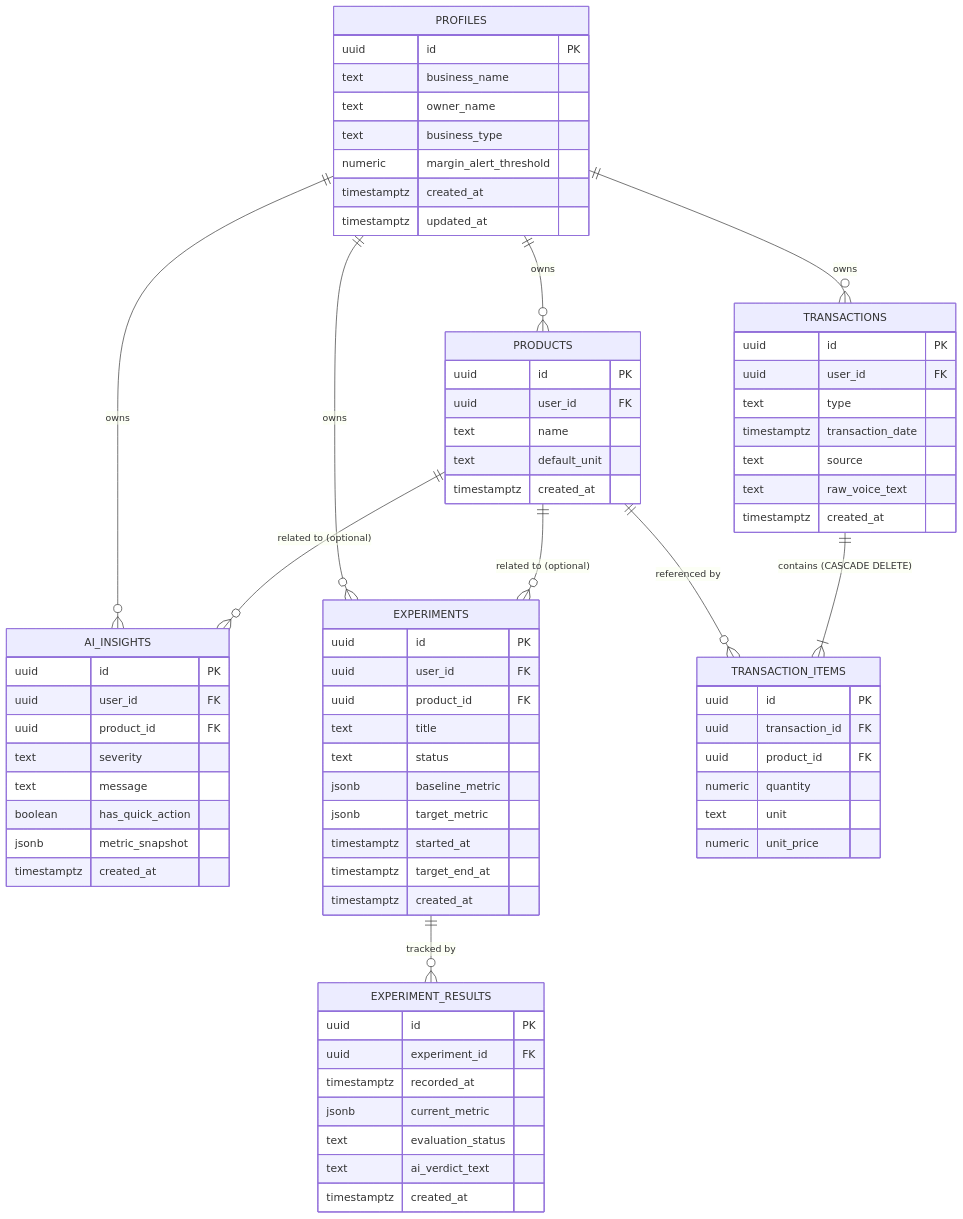
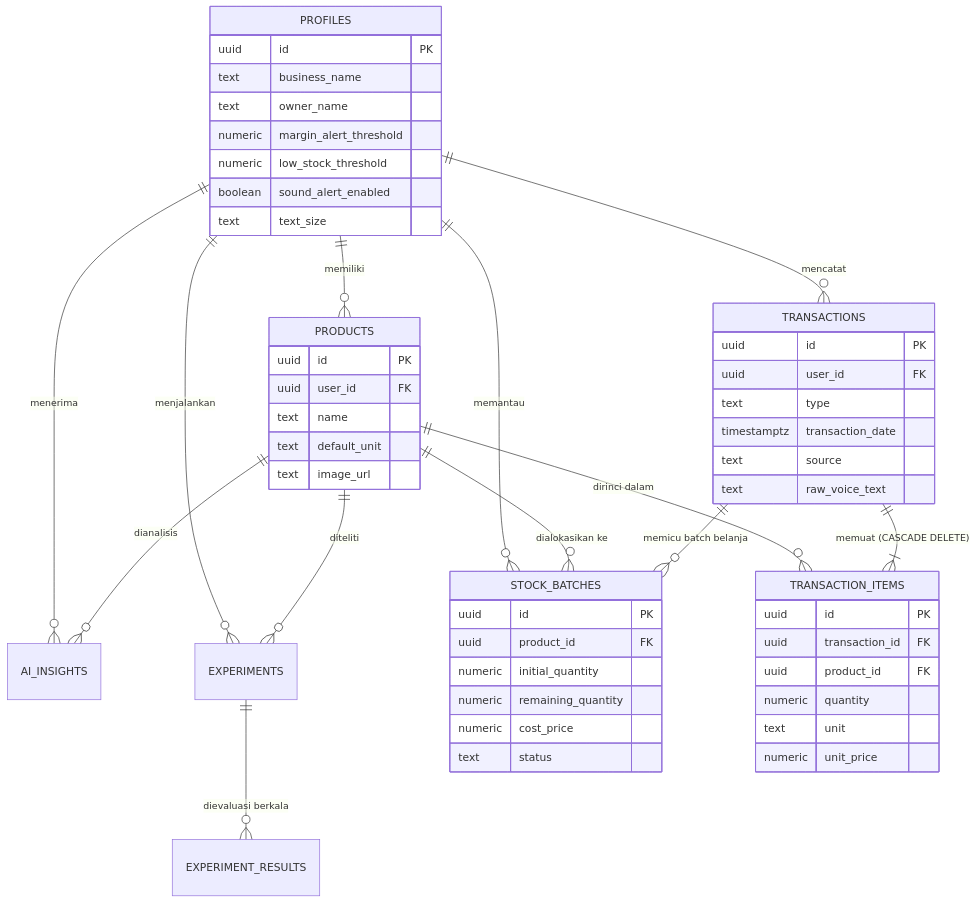
The first of 3 diagrams in TECHNICAL_SPEC.md (roymartin-glitch/Vocasyncc), drawn with Mermaid before and after one commit. The commit also changed other lines of this file and 10 other files, not shown here.

````diff
--- a/TECHNICAL_SPEC.md
+++ b/TECHNICAL_SPEC.md
@@ -448,79 +314,58 @@
 ```mermaid
 erDiagram
-    PROFILES ||--o{ PRODUCTS : owns
-    PROFILES ||--o{ TRANSACTIONS : owns
-    PROFILES ||--o{ AI_INSIGHTS : owns
-    PROFILES ||--o{ EXPERIMENTS : owns
+    PROFILES ||--o{ PRODUCTS : "memiliki"
+    PROFILES ||--o{ TRANSACTIONS : "mencatat"
+    PROFILES ||--o{ AI_INSIGHTS : "menerima"
+    PROFILES ||--o{ EXPERIMENTS : "menjalankan"
+    PROFILES ||--o{ STOCK_BATCHES : "memantau"
 
-    PRODUCTS ||--o{ TRANSACTION_ITEMS : "referenced by"
-    PRODUCTS ||--o{ AI_INSIGHTS : "related to (optional)"
-    PRODUCTS ||--o{ EXPERIMENTS : "related to (optional)"
+    PRODUCTS ||--o{ TRANSACTION_ITEMS : "dirinci dalam"
+    PRODUCTS ||--o{ STOCK_BATCHES : "dialokasikan ke"
+    PRODUCTS ||--o{ AI_INSIGHTS : "dianalisis"
+    PRODUCTS ||--o{ EXPERIMENTS : "diteliti"
 
-    TRANSACTIONS ||--|{ TRANSACTION_ITEMS : "contains (CASCADE DELETE)"
-    EXPERIMENTS ||--o{ EXPERIMENT_RESULTS : "tracked by"
+    TRANSACTIONS ||--|{ TRANSACTION_ITEMS : "memuat (CASCADE DELETE)"
+    TRANSACTIONS ||--o{ STOCK_BATCHES : "memicu batch belanja"
+    EXPERIMENTS ||--o{ EXPERIMENT_RESULTS : "dievaluasi berkala"
 
     PROFILES {
         uuid id PK
         text business_name
         text owner_name
-        text business_type
         numeric margin_alert_threshold
-        timestamptz created_at
-        timestamptz updated_at
+        numeric low_stock_threshold
+        boolean sound_alert_enabled
+        text text_size
     }
     PRODUCTS {
         uuid id PK
         uuid user_id FK
         text name
         text default_unit
-        timestamptz created_at
+        text image_url
+    }
+    STOCK_BATCHES {
+        uuid id PK
+        uuid product_id FK
+        numeric initial_quantity
+        numeric remaining_quantity
+        numeric cost_price
+        text status
     }
     TRANSACTIONS {
         uuid id PK
         uuid user_id FK
         text type
         timestamptz transaction_date
         text source
         text raw_voice_text
-        timestamptz created_at
     }
     TRANSACTION_ITEMS {
         uuid id PK
         uuid transaction_id FK
         uuid product_id FK
         numeric quantity
         text unit
         numeric unit_price
     }
-    AI_INSIGHTS {
-        uuid id PK
-        uuid user_id FK
-        uuid product_id FK
-        text severity
-        text message
-        boolean has_quick_action
-        jsonb metric_snapshot
-        timestamptz created_at
-    }
-    EXPERIMENTS {
-        uuid id PK
-        uuid user_id FK
-        uuid product_id FK
-        text title
-        text status
-        jsonb baseline_metric
-        jsonb target_metric
-        timestamptz started_at
-        timestamptz target_end_at
-        timestamptz created_at
-    }
-    EXPERIMENT_RESULTS {
-        uuid id PK
-        uuid experiment_id FK
-        timestamptz recorded_at
-        jsonb current_metric
-        text evaluation_status
-        text ai_verdict_text
-        timestamptz created_at
-    }
 ```
````
